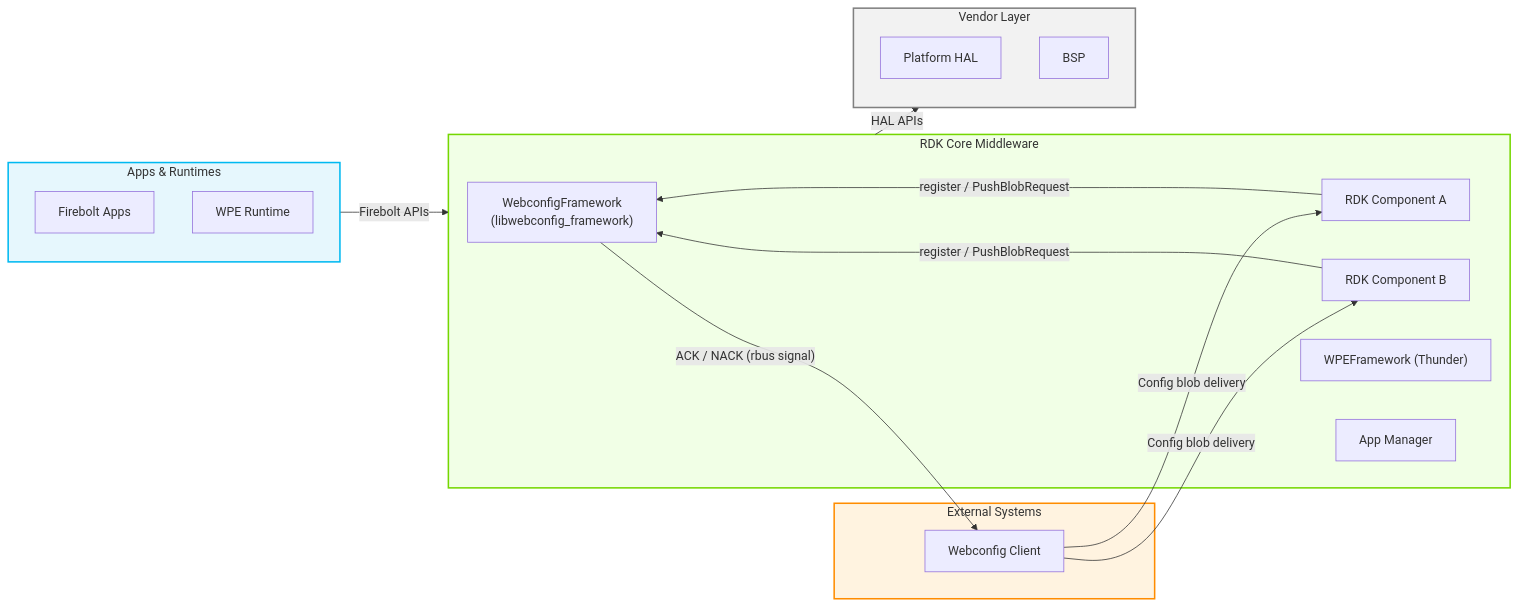
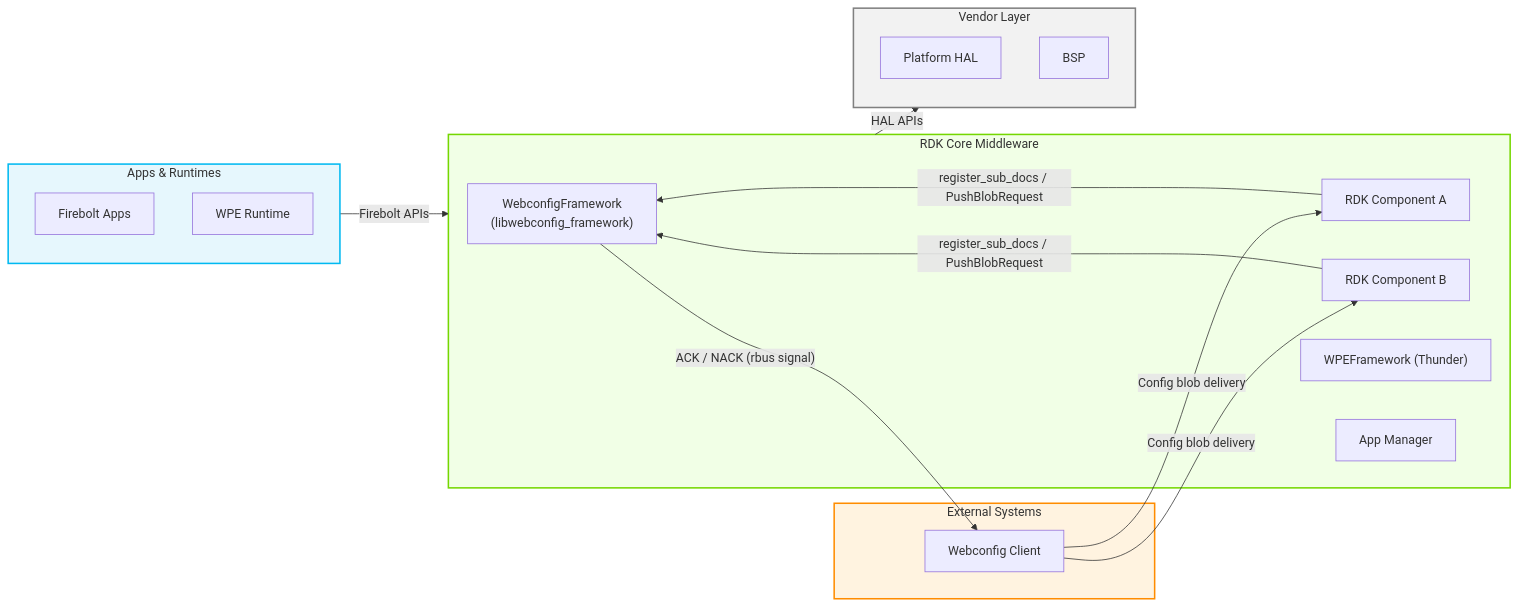
Before and after one commit to rdkcentral/WebconfigFramework: the first of 8 diagrams in docs/README.md, drawn with Mermaid. The commit also changed other lines of this file, not shown here.

````diff
--- a/docs/README.md
+++ b/docs/README.md
@@ -9,43 +9,43 @@
 ```mermaid
 flowchart LR
 
 classDef Apps stroke:#00B9F1,fill:#E6F7FD,stroke-width:2px;
 classDef RDKMW stroke:#75D701,fill:#F1FFE6,stroke-width:2px;
 classDef VL stroke:#808080,fill:#F2F2F2,stroke-width:2px;
 classDef Ext stroke:#FF8C00,fill:#FFF3E0,stroke-width:2px;
 
 subgraph Ext["External Systems"]
     WebcfgClient["Webconfig Client"]
 end
 
 subgraph Apps["Apps & Runtimes"]
     FBApps["Firebolt Apps"]
     WPE_RT["WPE Runtime"]
 end
 
 subgraph RDKMW["RDK Core Middleware"]
     WCF["WebconfigFramework\n(libwebconfig_framework)"]
     CompA["RDK Component A"]
     CompB["RDK Component B"]
     Thunder["WPEFramework (Thunder)"]
     AM["App Manager"]
 end
 
 subgraph VL["Vendor Layer"]
     HAL["Platform HAL"]
     BSP["BSP"]
 end
 
 WebcfgClient -->|"Config blob delivery"| CompA
 WebcfgClient -->|"Config blob delivery"| CompB
-CompA -->|"register / PushBlobRequest"| WCF
-CompB -->|"register / PushBlobRequest"| WCF
+CompA -->|"register_sub_docs / PushBlobRequest"| WCF
+CompB -->|"register_sub_docs / PushBlobRequest"| WCF
 WCF -->|"ACK / NACK (rbus signal)"| WebcfgClient
 Apps -->|"Firebolt APIs"| RDKMW
 RDKMW -->|"HAL APIs"| VL
 
 class Apps Apps;
 class RDKMW RDKMW;
 class VL VL;
 class Ext Ext;
 ```
````
